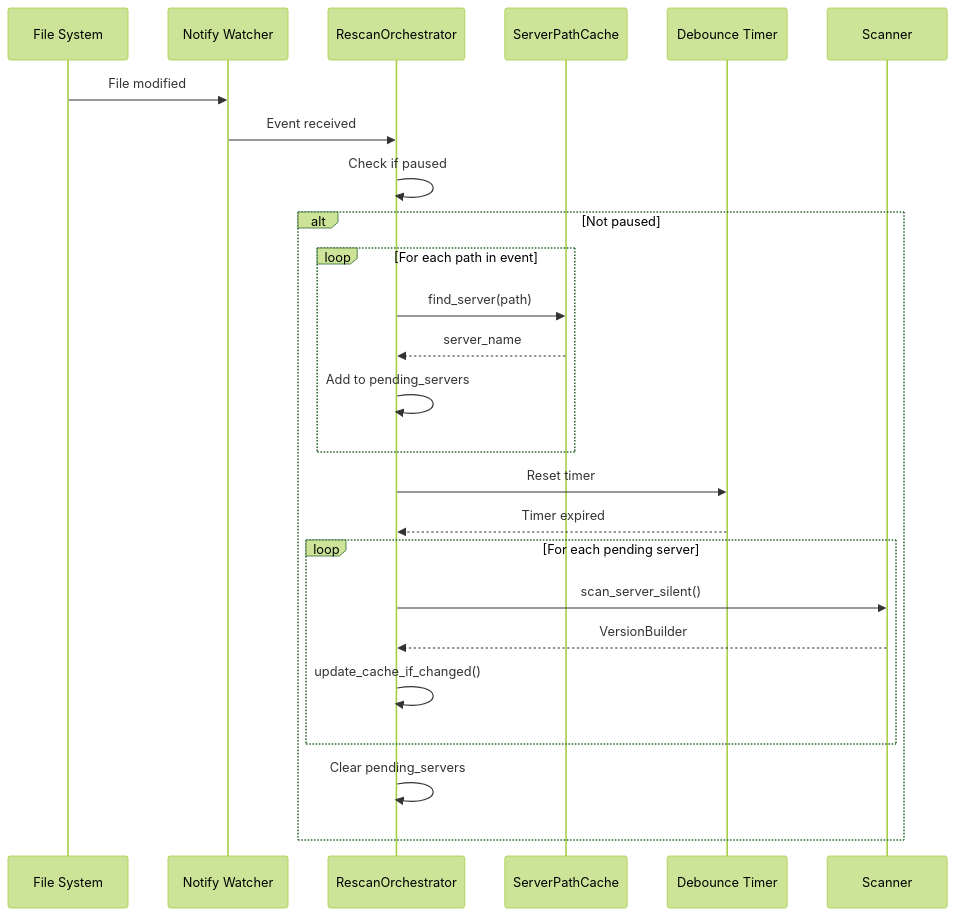
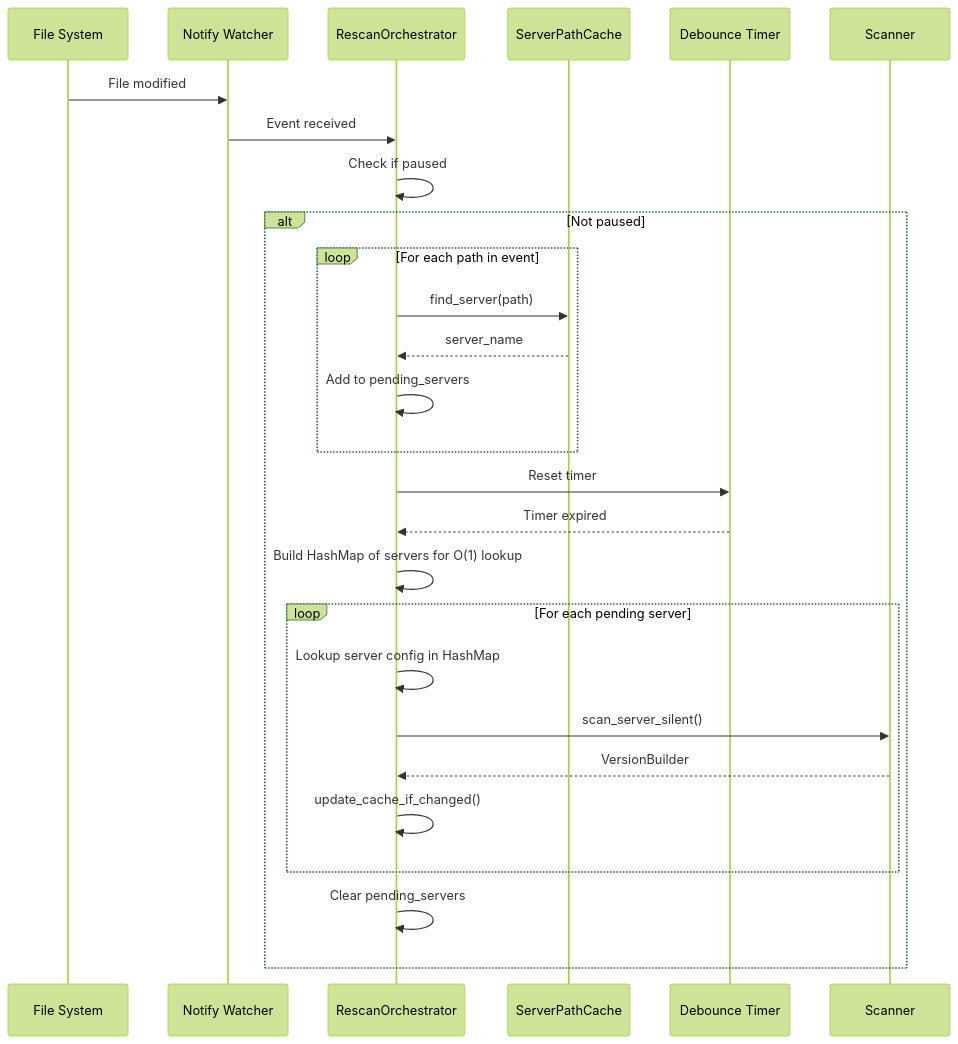
The third of 9 diagrams in crates/cache/docs/flow.md (Lighty-Launcher/LightyUpdater), drawn with Mermaid (forest theme) before and after one commit. The commit also changed other lines of this file and 23 other files, not shown here.

````diff
--- a/crates/cache/docs/flow.md
+++ b/crates/cache/docs/flow.md
@@ -112,33 +112,35 @@
 ```mermaid
 sequenceDiagram
     participant FS as File System
     participant Watcher as Notify Watcher
     participant RO as RescanOrchestrator
     participant SPC as ServerPathCache
     participant Debounce as Debounce Timer
     participant Scanner
 
     FS->>Watcher: File modified
     Watcher->>RO: Event received
 
     RO->>RO: Check if paused
     alt Not paused
         loop For each path in event
             RO->>SPC: find_server(path)
             SPC-->>RO: server_name
             RO->>RO: Add to pending_servers
         end
 
         RO->>Debounce: Reset timer
 
         Debounce-->>RO: Timer expired
 
+        RO->>RO: Build HashMap of servers for O(1) lookup
         loop For each pending server
+            RO->>RO: Lookup server config in HashMap
             RO->>Scanner: scan_server_silent()
             Scanner-->>RO: VersionBuilder
             RO->>RO: update_cache_if_changed()
         end
 
         RO->>RO: Clear pending_servers
     end
 ```
````
